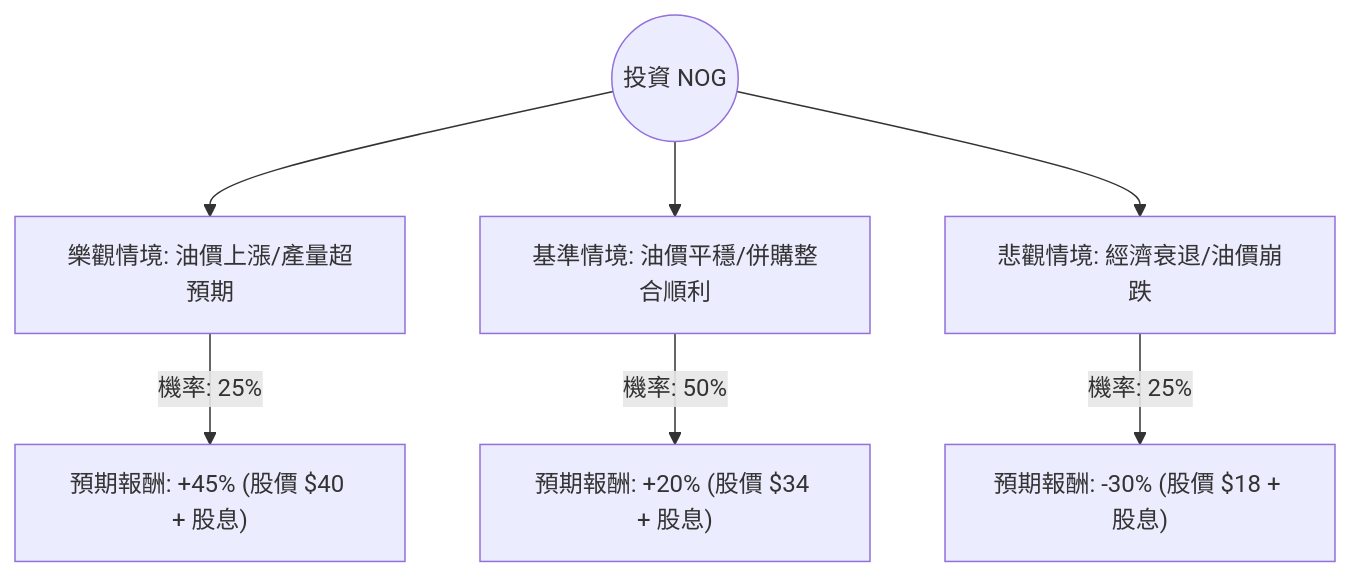
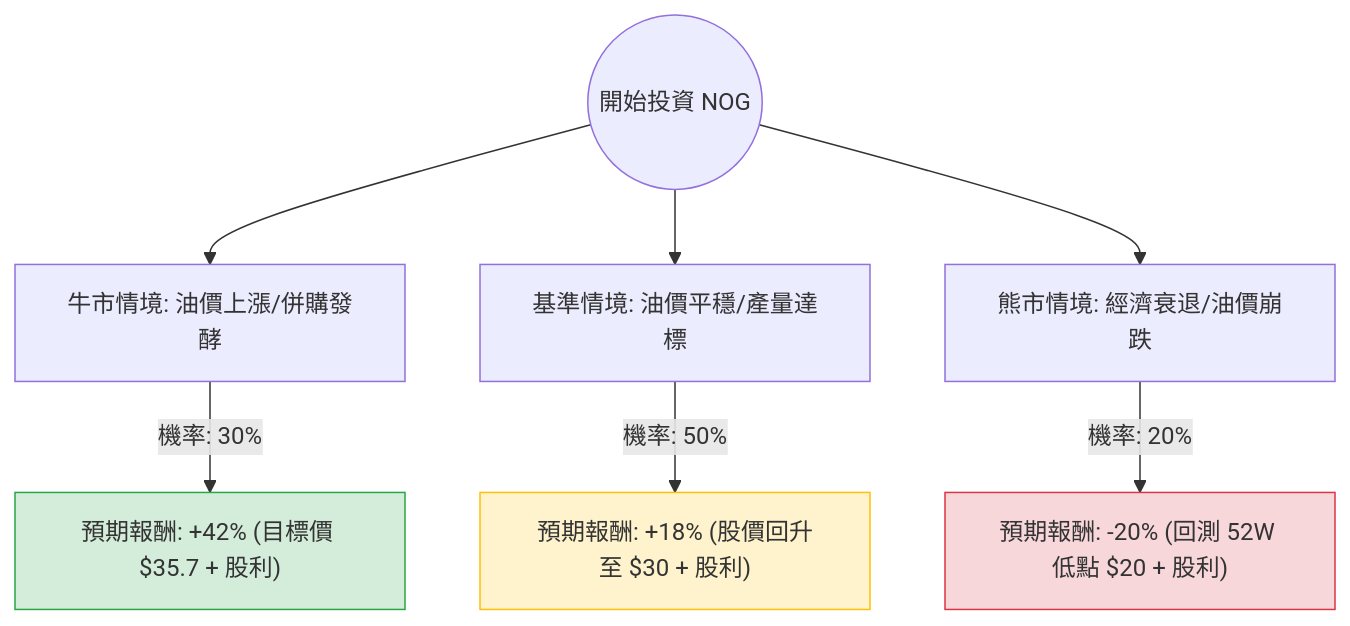
The diagram in plugin-react/ai-analysis/ev-analysis/NOG.md (zmcx16/zmcx16.github.io), drawn with Mermaid before and after one commit. The commit also changed other lines of this file and 81 other files, not shown here.

````diff
--- a/plugin-react/ai-analysis/ev-analysis/NOG.md
+++ b/plugin-react/ai-analysis/ev-analysis/NOG.md
@@ -21,10 +19,14 @@
 ```mermaid
 graph TD
-    Start((投資 NOG)) --> Bull[樂觀情境: 油價上漲/產量超預期]
-    Start --> Base[基準情境: 油價平穩/併購整合順利]
-    Start --> Bear[悲觀情境: 經濟衰退/油價崩跌]
+    Start((開始投資 NOG)) --> Bull[牛市情境: 油價上漲/併購發酵]
+    Start --> Base[基準情境: 油價平穩/產量達標]
+    Start --> Bear[熊市情境: 經濟衰退/油價崩跌]
 
-    Bull -- "機率: 25%" --> BullVal["預期報酬: +45% (股價 $40 + 股息)"]
-    Base -- "機率: 50%" --> BaseVal["預期報酬: +20% (股價 $34 + 股息)"]
-    Bear -- "機率: 25%" --> BearVal["預期報酬: -30% (股價 $18 + 股息)"]
+    Bull -- "機率: 30%" --> BullResult["預期報酬: +42% (目標價 $35.7 + 股利)"]
+    Base -- "機率: 50%" --> BaseResult["預期報酬: +18% (股價回升至 $30 + 股利)"]
+    Bear -- "機率: 20%" --> BearResult["預期報酬: -20% (回測 52W 低點 $20 + 股利)"]
+
+    style BullResult fill:#d4edda,stroke:#28a745
+    style BaseResult fill:#fff3cd,stroke:#ffc107
+    style BearResult fill:#f8d7da,stroke:#dc3545
 ```
````
